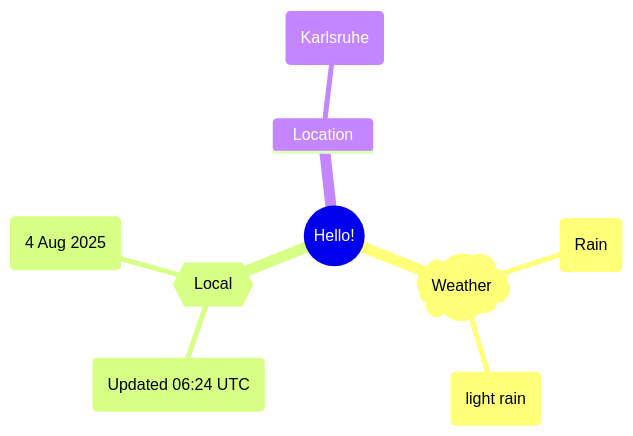
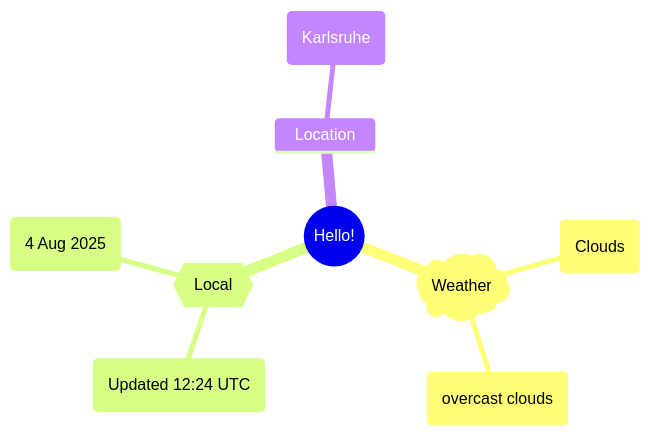
One commit to Xosrov/Xosrov changed the first of 2 diagrams in README.md. Above: the diagram before and after it, drawn with Mermaid.

Commit message:
[bot] updated images

````diff
--- a/README.md
+++ b/README.md
@@ -3,12 +3,12 @@
 ```mermaid
 mindmap
   root((Hello!))
     )Weather(
-        (Rain)
-        (light rain)
+        (Clouds)
+        (overcast clouds)
     {{Local}}
-        (Updated 06:24 UTC)
+        (Updated 12:24 UTC)
         (4 Aug 2025)
     Location
         (Karlsruhe)
 ```
````
